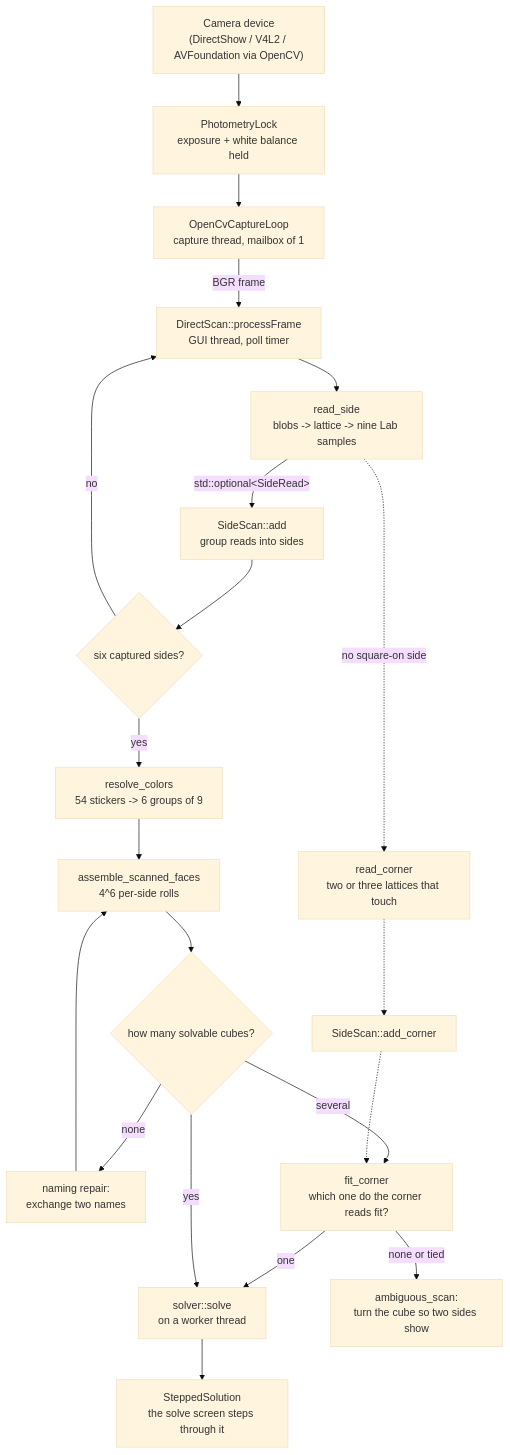
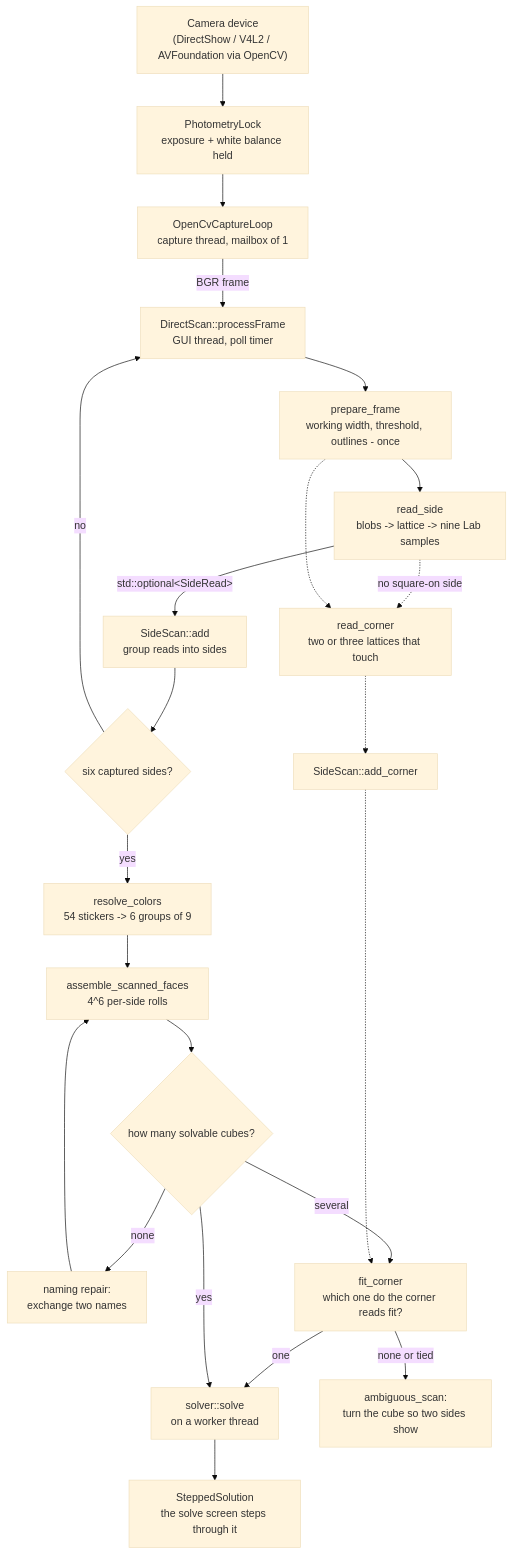
The diagram in docs/vision-pipeline.md (iainchesworth/cubeulator), drawn with Mermaid (base theme) before and after one commit. The commit also changed other lines of this file and 12 other files, not shown here.

First line of the commit message:
Prepare a camera frame once for both readers

````diff
--- a/docs/vision-pipeline.md
+++ b/docs/vision-pipeline.md
@@ -18,23 +18,25 @@
 ```mermaid
 flowchart TD
     CAM["Camera device<br/>(DirectShow / V4L2 / AVFoundation via OpenCV)"] --> LOCK["PhotometryLock<br/>exposure + white balance held"]
     LOCK --> LOOP["OpenCvCaptureLoop<br/>capture thread, mailbox of 1"]
     LOOP -->|BGR frame| CTRL["DirectScan::processFrame<br/>GUI thread, poll timer"]
-    CTRL --> READ["read_side<br/>blobs -> lattice -> nine Lab samples"]
+    CTRL --> PREP["prepare_frame<br/>working width, threshold, outlines - once"]
+    PREP --> READ["read_side<br/>blobs -> lattice -> nine Lab samples"]
     READ -->|"std::optional&lt;SideRead&gt;"| SCAN["SideScan::add<br/>group reads into sides"]
     READ -.->|"no square-on side"| CORNER["read_corner<br/>two or three lattices that touch"]
+    PREP -.-> CORNER
     CORNER -.-> SCAN2["SideScan::add_corner"]
     SCAN --> SIX{"six captured sides?"}
     SIX -->|no| CTRL
     SIX -->|yes| NAME["resolve_colors<br/>54 stickers -> 6 groups of 9"]
     NAME --> ASM["assemble_scanned_faces<br/>4^6 per-side rolls"]
     ASM --> VALID{"how many solvable cubes?"}
     VALID -->|none| REPAIR["naming repair:<br/>exchange two names"]
     REPAIR --> ASM
     VALID -->|several| TIE["fit_corner<br/>which one do the corner reads fit?"]
     SCAN2 -.-> TIE
     TIE -->|one| SOLVE
     TIE -->|none or tied| AMBIG["ambiguous_scan:<br/>turn the cube so two sides show"]
     VALID -->|yes| SOLVE["solver::solve<br/>on a worker thread"]
     SOLVE --> STEP["SteppedSolution<br/>the solve screen steps through it"]
 ```
````
